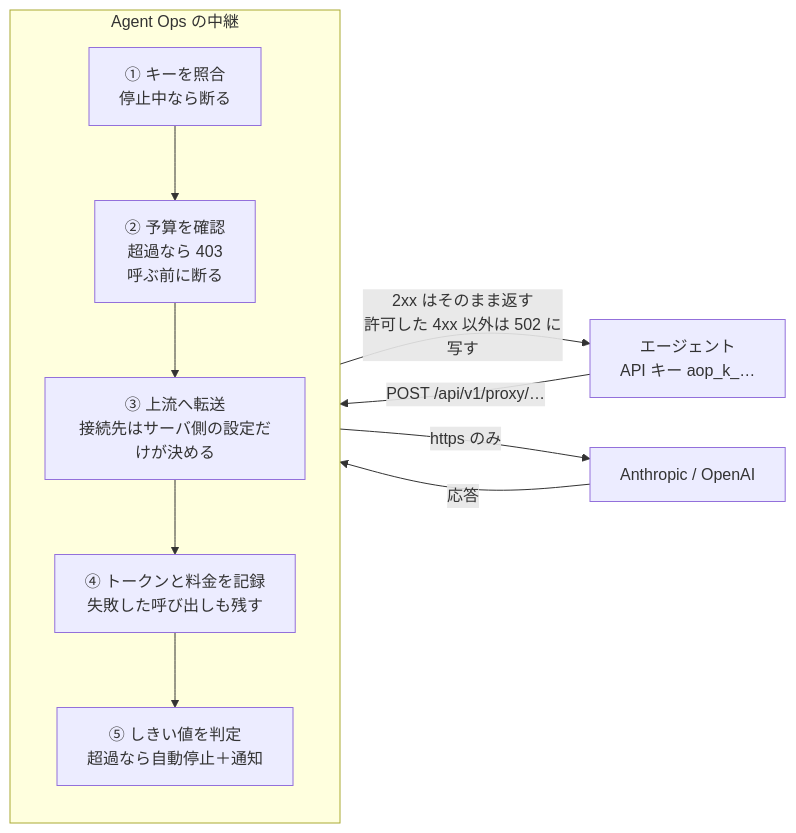
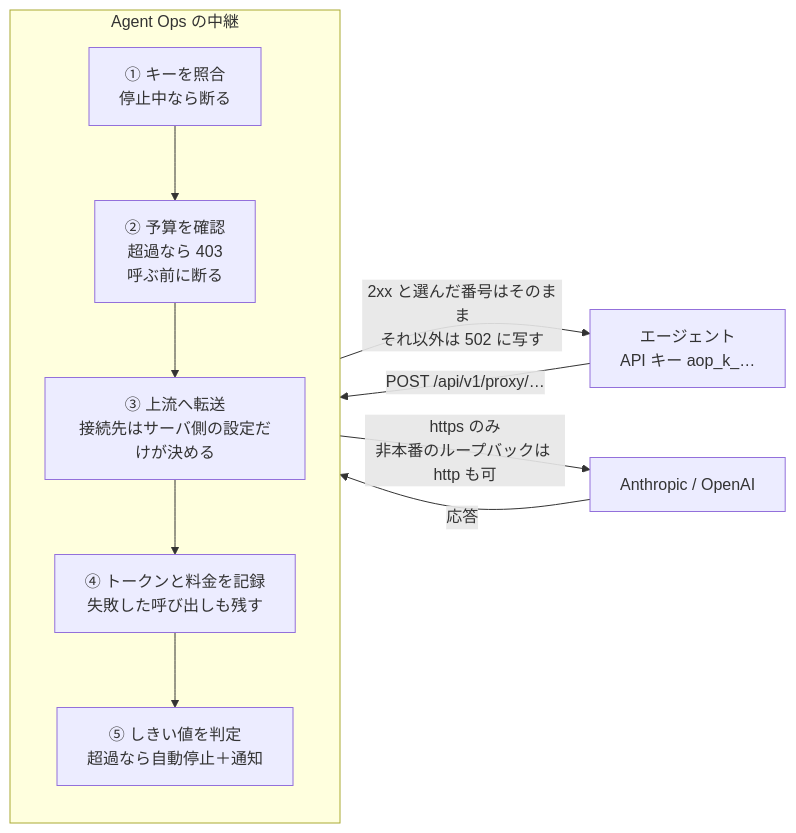
Before and after one commit to izumacha/agent-ops: the first of 4 diagrams in docs/overview.md, drawn with Mermaid. The commit also changed other lines of this file, not shown here.

````diff
--- a/docs/overview.md
+++ b/docs/overview.md
@@ -33,19 +33,19 @@
 ```mermaid
 flowchart LR
   A["エージェント<br/>API キー aop_k_…"]
 
   subgraph P["Agent Ops の中継"]
     direction TB
     P1["① キーを照合<br/>停止中なら断る"] --> P2["② 予算を確認<br/>超過なら 403<br/>呼ぶ前に断る"]
     P2 --> P3["③ 上流へ転送<br/>接続先はサーバ側の設定だけが決める"]
     P3 --> P4["④ トークンと料金を記録<br/>失敗した呼び出しも残す"]
     P4 --> P5["⑤ しきい値を判定<br/>超過なら自動停止＋通知"]
   end
 
   U["Anthropic / OpenAI"]
 
   A -->|"POST /api/v1/proxy/…"| P1
-  P5 -->|"2xx はそのまま返す<br/>許可した 4xx 以外は 502 に写す"| A
-  P3 -->|"https のみ"| U
+  P5 -->|"2xx と選んだ番号はそのまま<br/>それ以外は 502 に写す"| A
+  P3 -->|"https のみ<br/>非本番のループバックは http も可"| U
   U -->|"応答"| P3
 ```
````
